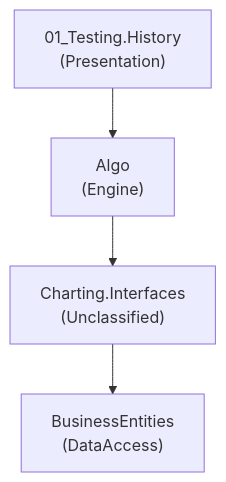
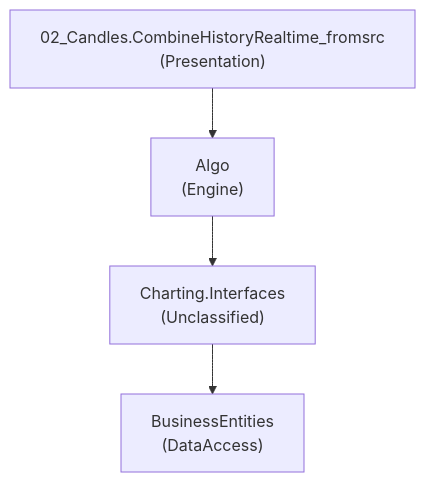
The diagram in output-stocksharp/docs/diagrams/flow-path-6.mmd (GanizaniSitara/tools-static-analysis), drawn with Mermaid before and after one commit. The commit also changed 27 other files, not shown here.

```diff
--- a/output-stocksharp/docs/diagrams/flow-path-6.mmd
+++ b/output-stocksharp/docs/diagrams/flow-path-6.mmd
@@ -1,8 +1,8 @@
 graph TD
-    01_Testing_History["01_Testing.History\n(Presentation)"]
+    02_Candles_CombineHistoryRealtime_fromsrc["02_Candles.CombineHistoryRealtime_fromsrc\n(Presentation)"]
     Algo["Algo\n(Engine)"]
-    01_Testing_History --> Algo
+    02_Candles_CombineHistoryRealtime_fromsrc --> Algo
     Charting_Interfaces["Charting.Interfaces\n(Unclassified)"]
     Algo --> Charting_Interfaces
     BusinessEntities["BusinessEntities\n(DataAccess)"]
     Charting_Interfaces --> BusinessEntities
```
